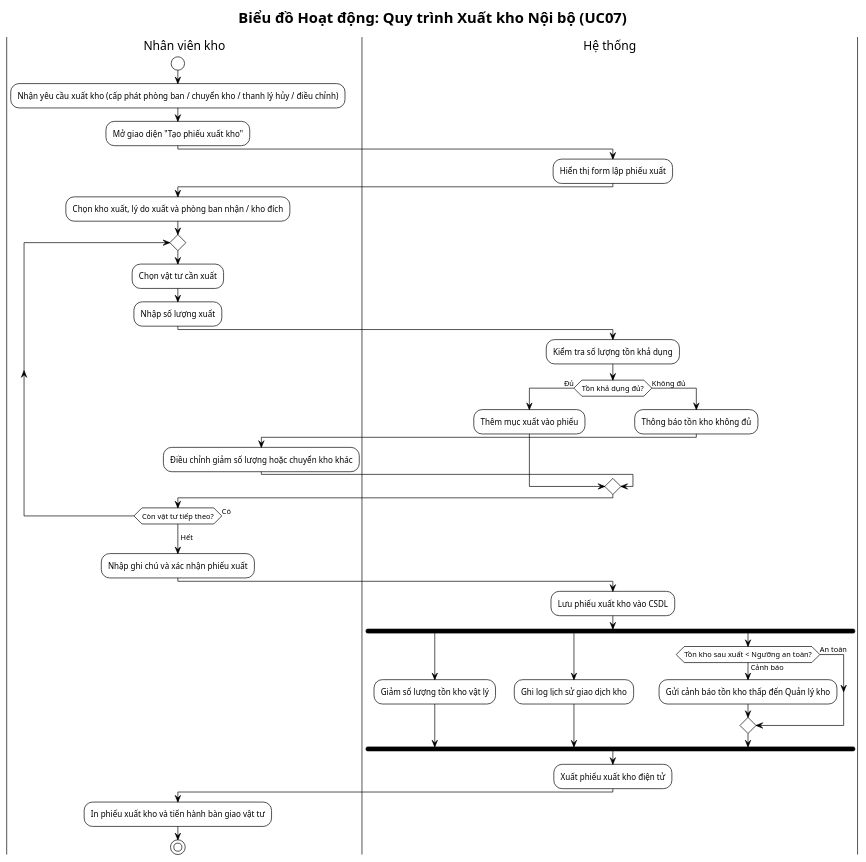
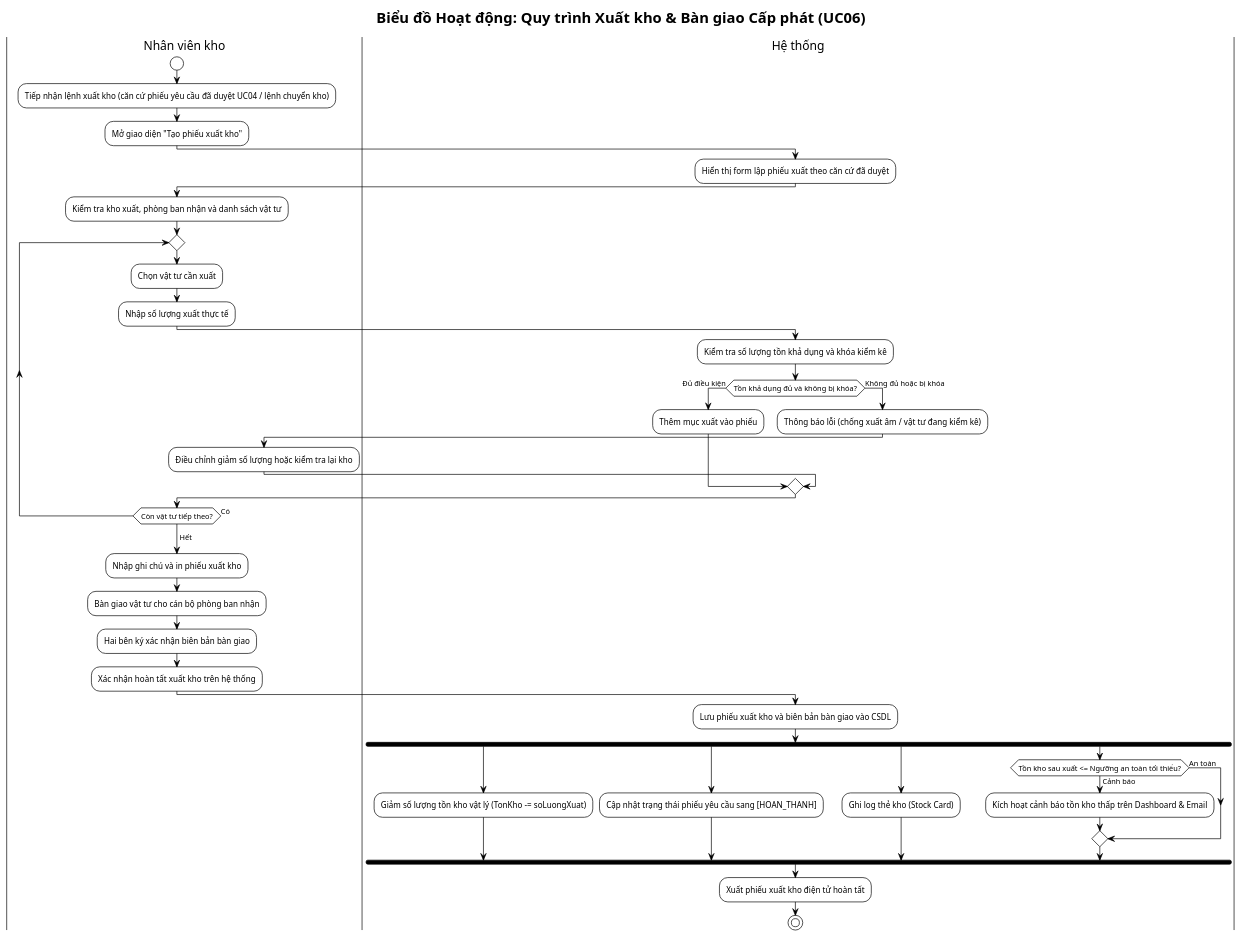
Before and after one commit to vuhoabinh2416137/G8_Quanlysanphamvakhohang: the second of 4 diagrams in BTL-QuanLyKhoHang/plantuml/activity-diagrams.puml, drawn with PlantUML. The commit also changed other lines of this file and 26 other files, not shown here.

Commit message:
Chuan hoa 07 Use Case cot loi, cap nhat so do UML va tai lieu phan cong nhiem vu

```diff
--- a/BTL-QuanLyKhoHang/plantuml/activity-diagrams.puml
+++ b/BTL-QuanLyKhoHang/plantuml/activity-diagrams.puml
@@ -62,52 +62,55 @@
 @startuml activity-xuat-kho
 !theme plain
 skinparam defaultFontName "Arial"
-title Biểu đồ Hoạt động: Quy trình Xuất kho Nội bộ (UC07)
+title Biểu đồ Hoạt động: Quy trình Xuất kho & Bàn giao Cấp phát (UC06)
 
 |Nhân viên kho|
 start
-:Nhận yêu cầu xuất kho (cấp phát phòng ban / chuyển kho / thanh lý hủy / điều chỉnh);
+:Tiếp nhận lệnh xuất kho (căn cứ phiếu yêu cầu đã duyệt UC04 / lệnh chuyển kho);
 :Mở giao diện "Tạo phiếu xuất kho";
 
 |Hệ thống|
-:Hiển thị form lập phiếu xuất;
+:Hiển thị form lập phiếu xuất theo căn cứ đã duyệt;
 
 |Nhân viên kho|
-:Chọn kho xuất, lý do xuất và phòng ban nhận / kho đích;
+:Kiểm tra kho xuất, phòng ban nhận và danh sách vật tư;
 repeat
     :Chọn vật tư cần xuất;
-    :Nhập số lượng xuất;
+    :Nhập số lượng xuất thực tế;
     |Hệ thống|
-    :Kiểm tra số lượng tồn khả dụng;
-    if (Tồn khả dụng đủ?) then (Đủ)
+    :Kiểm tra số lượng tồn khả dụng và khóa kiểm kê;
+    if (Tồn khả dụng đủ và không bị khóa?) then (Đủ điều kiện)
         :Thêm mục xuất vào phiếu;
-    else (Không đủ)
-        :Thông báo tồn kho không đủ;
+    else (Không đủ hoặc bị khóa)
+        :Thông báo lỗi (chống xuất âm / vật tư đang kiểm kê);
         |Nhân viên kho|
-        :Điều chỉnh giảm số lượng hoặc chuyển kho khác;
+        :Điều chỉnh giảm số lượng hoặc kiểm tra lại kho;
     endif
     |Nhân viên kho|
 repeat while (Còn vật tư tiếp theo?) is (Có)
 -> Hết;
 
 |Nhân viên kho|
-:Nhập ghi chú và xác nhận phiếu xuất;
+:Nhập ghi chú và in phiếu xuất kho;
+:Bàn giao vật tư cho cán bộ phòng ban nhận;
+:Hai bên ký xác nhận biên bản bàn giao;
+:Xác nhận hoàn tất xuất kho trên hệ thống;
 
 |Hệ thống|
-:Lưu phiếu xuất kho vào CSDL;
+:Lưu phiếu xuất kho và biên bản bàn giao vào CSDL;
 fork
-    :Giảm số lượng tồn kho vật lý;
+    :Giảm số lượng tồn kho vật lý (TonKho -= soLuongXuat);
 fork again
-    :Ghi log lịch sử giao dịch kho;
+    :Cập nhật trạng thái phiếu yêu cầu sang [HOAN_THANH];
 fork again
-    if (Tồn kho sau xuất < Ngưỡng an toàn?) then (Cảnh báo)
-        :Gửi cảnh báo tồn kho thấp đến Quản lý kho;
+    :Ghi log thẻ kho (Stock Card);
+fork again
+    if (Tồn kho sau xuất <= Ngưỡng an toàn tối thiểu?) then (Cảnh báo)
+        :Kích hoạt cảnh báo tồn kho thấp trên Dashboard & Email;
     else (An toàn)
     endif
 end fork
 
-:Xuất phiếu xuất kho điện tử;
-|Nhân viên kho|
-:In phiếu xuất kho và tiến hành bàn giao vật tư;
+:Xuất phiếu xuất kho điện tử hoàn tất;
 stop
 @enduml
```
